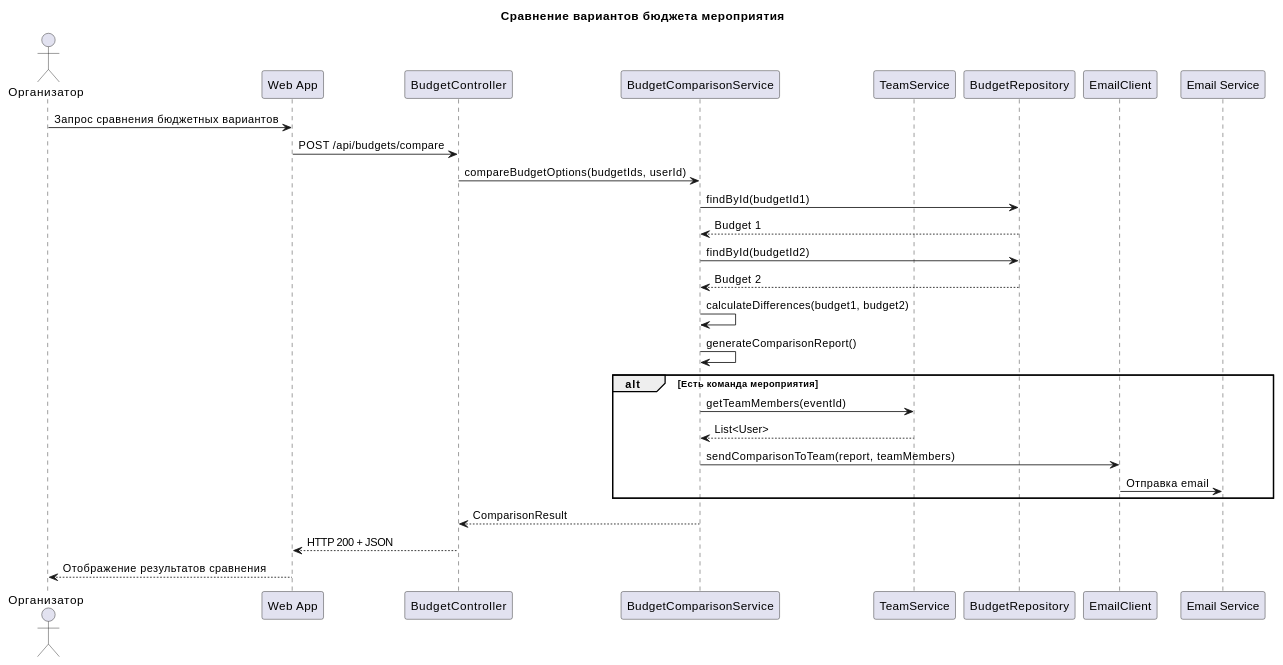
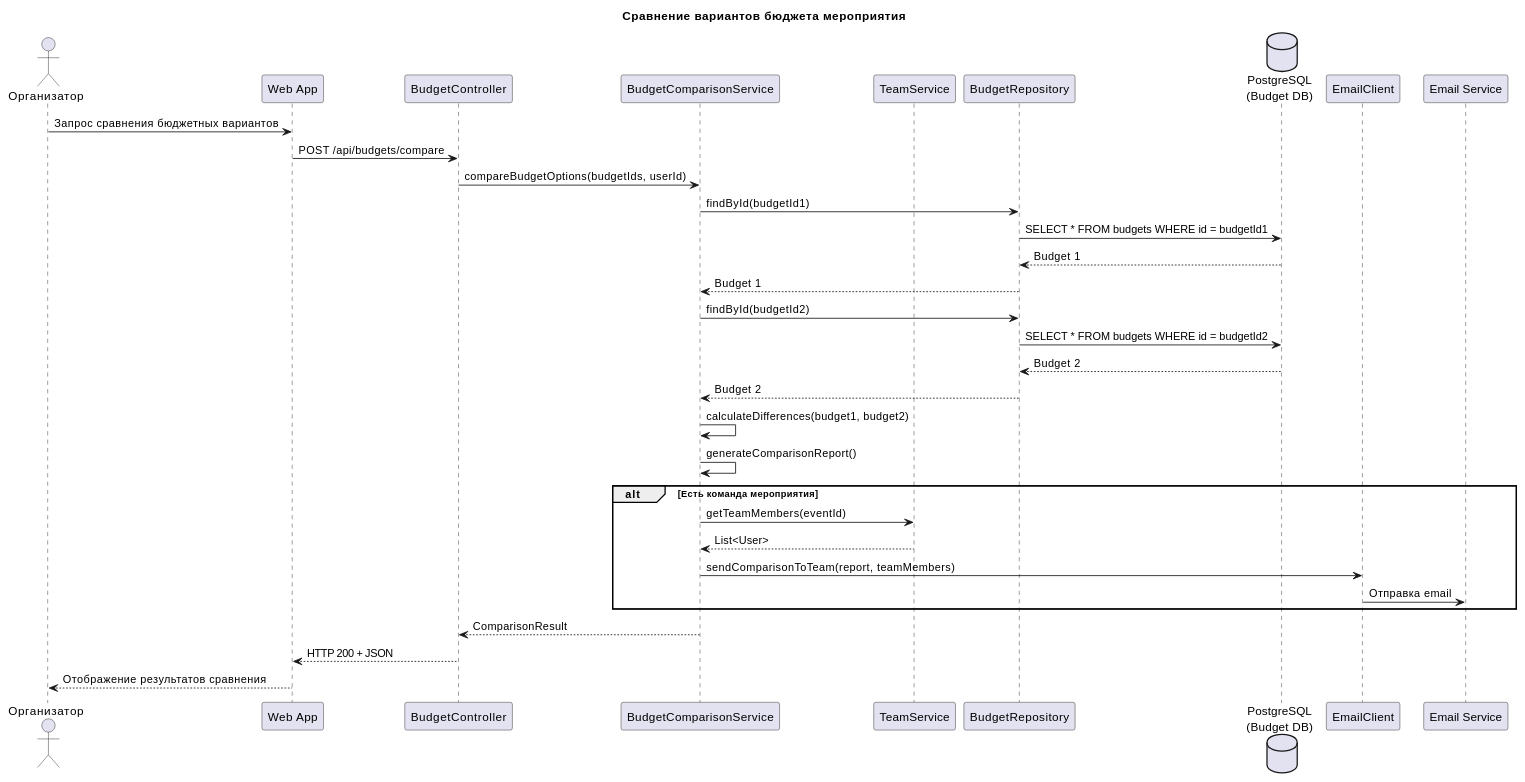
The third of 4 diagrams in Lab Work №3 /docs.md (MariaSkur/SoftwereArcitectureHSE), drawn with PlantUML before and after one commit. The commit also changed other lines of this file, not shown here.

````diff
--- a/Lab Work №3 /docs.md
+++ b/Lab Work №3 /docs.md
@@ -88,37 +156,45 @@
 ```PlantUML
 @startuml
 title Сравнение вариантов бюджета мероприятия
 
 actor Организатор
 participant "Web App" as Web
 participant "BudgetController" as Controller
 participant "BudgetComparisonService" as ComparisonService
 participant "TeamService" as TeamService
 participant "BudgetRepository" as Repository
+database "PostgreSQL\n(Budget DB)" as DB
 participant "EmailClient" as Email
 participant "Email Service" as ExternalEmail
 
 Организатор -> Web: Запрос сравнения бюджетных вариантов
 Web -> Controller: POST /api/budgets/compare
 Controller -> ComparisonService: compareBudgetOptions(budgetIds, userId)
+
 ComparisonService -> Repository: findById(budgetId1)
+Repository -> DB: SELECT * FROM budgets WHERE id = budgetId1
+DB --> Repository: Budget 1
 Repository --> ComparisonService: Budget 1
+
 ComparisonService -> Repository: findById(budgetId2)
+Repository -> DB: SELECT * FROM budgets WHERE id = budgetId2
+DB --> Repository: Budget 2
 Repository --> ComparisonService: Budget 2
 
 ComparisonService -> ComparisonService: calculateDifferences(budget1, budget2)
 ComparisonService -> ComparisonService: generateComparisonReport()
 
 alt Есть команда мероприятия
     ComparisonService -> TeamService: getTeamMembers(eventId)
     TeamService --> ComparisonService: List<User>
     ComparisonService -> Email: sendComparisonToTeam(report, teamMembers)
     Email -> ExternalEmail: Отправка email
 end
 
 ComparisonService --> Controller: ComparisonResult
 Controller --> Web: HTTP 200 + JSON
 Web --> Организатор: Отображение результатов сравнения
 
 @enduml
+
 ```
````
